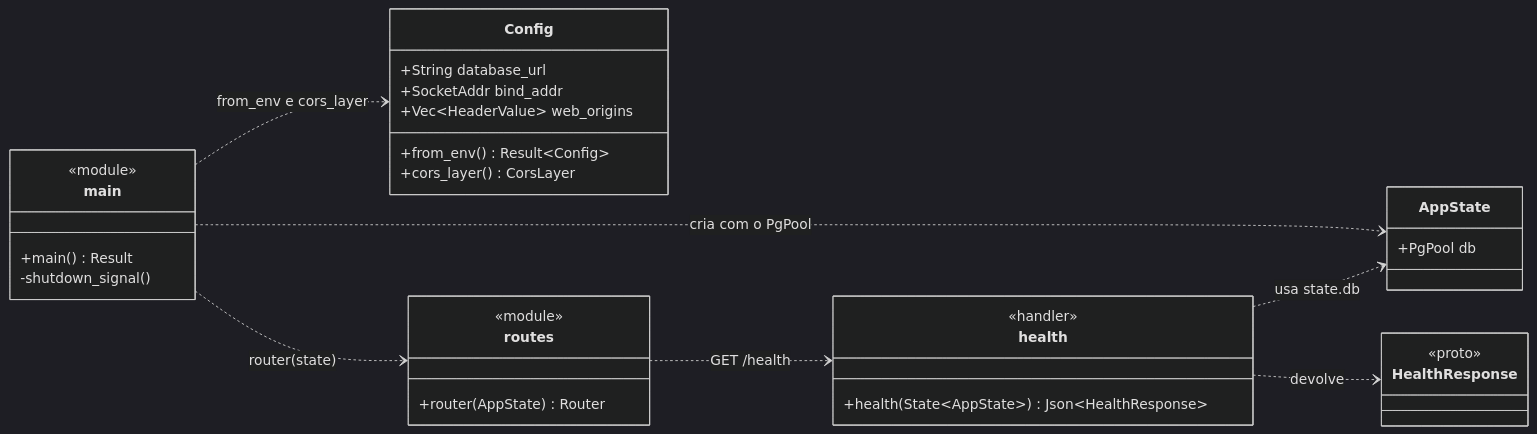
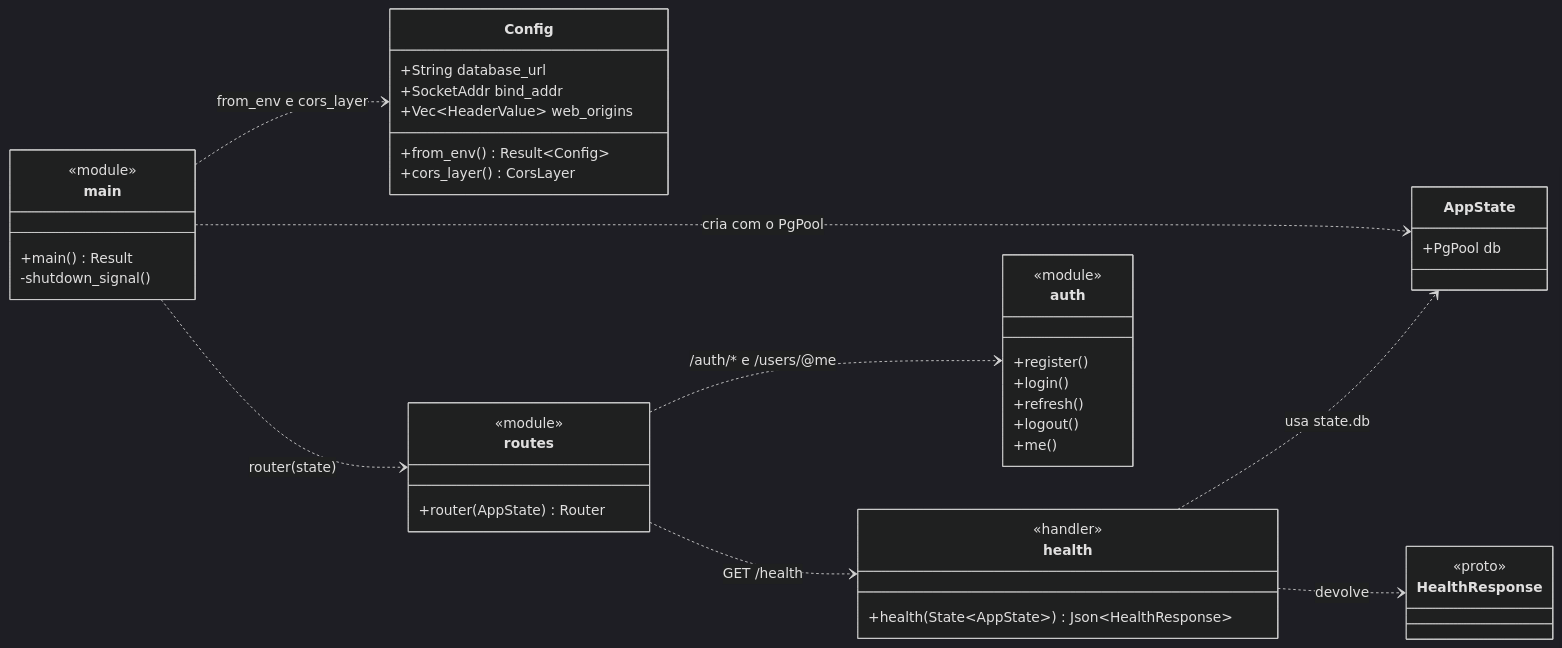
One commit to ncfcj/call changed the second of 3 diagrams in docs/architecture/02-tipos.md. Above: the diagram before and after it, drawn with Mermaid (dark theme). The commit also changed other lines of this file and 29 other files, not shown here.

````diff
--- a/docs/architecture/02-tipos.md
+++ b/docs/architecture/02-tipos.md
@@ -53,38 +53,47 @@
 ```mermaid
 classDiagram
     direction LR
 
     class Config {
         +String database_url
         +SocketAddr bind_addr
         +Vec~HeaderValue~ web_origins
         +from_env() Result~Config~
         +cors_layer() CorsLayer
     }
     class AppState {
         +PgPool db
     }
     class main {
         <<module>>
         +main() Result
         -shutdown_signal()
     }
     class routes {
         <<module>>
         +router(AppState) Router
     }
     class health {
         <<handler>>
         +health(State~AppState~) Json~HealthResponse~
     }
     class HealthResponse {
         <<proto>>
     }
+    class auth {
+        <<module>>
+        +register()
+        +login()
+        +refresh()
+        +logout()
+        +me()
+    }
 
     main ..> Config : from_env e cors_layer
     main ..> AppState : cria com o PgPool
     main ..> routes : router(state)
     routes ..> health : GET /health
     health ..> AppState : usa state.db
     health ..> HealthResponse : devolve
+    routes ..> auth : /auth/* e /users/@me
 ```
````
